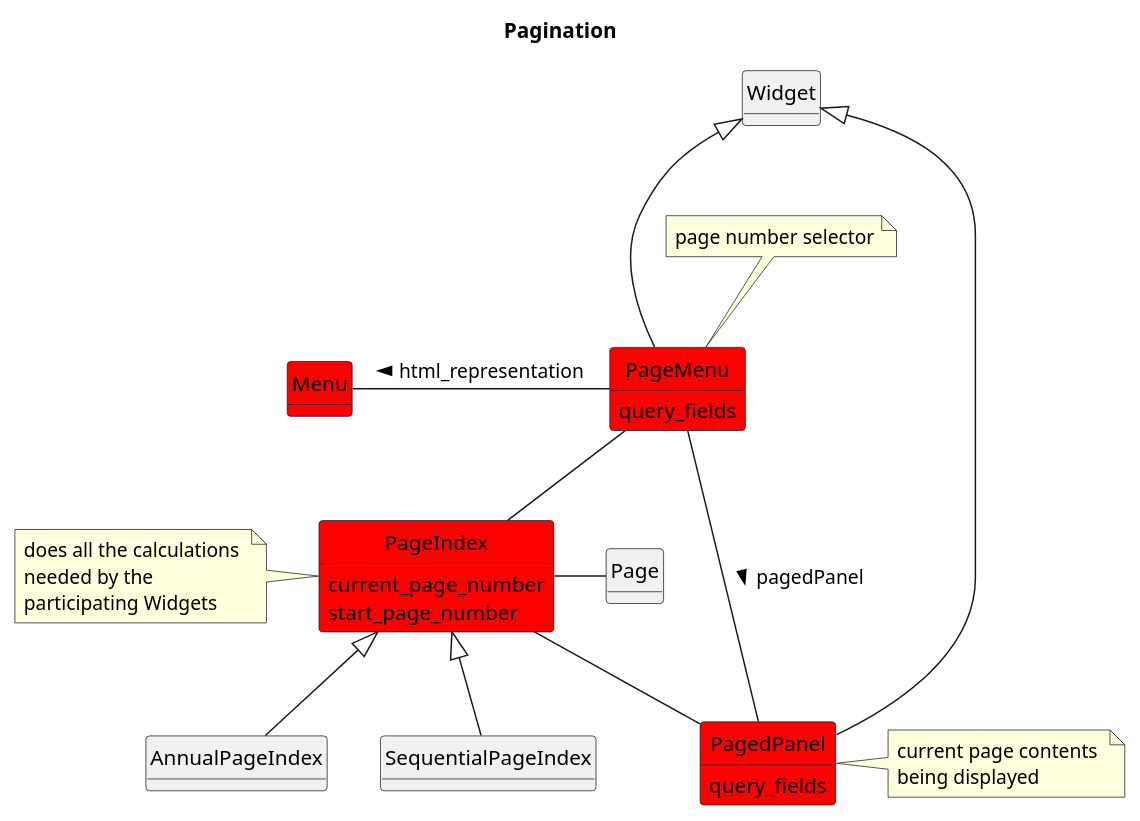
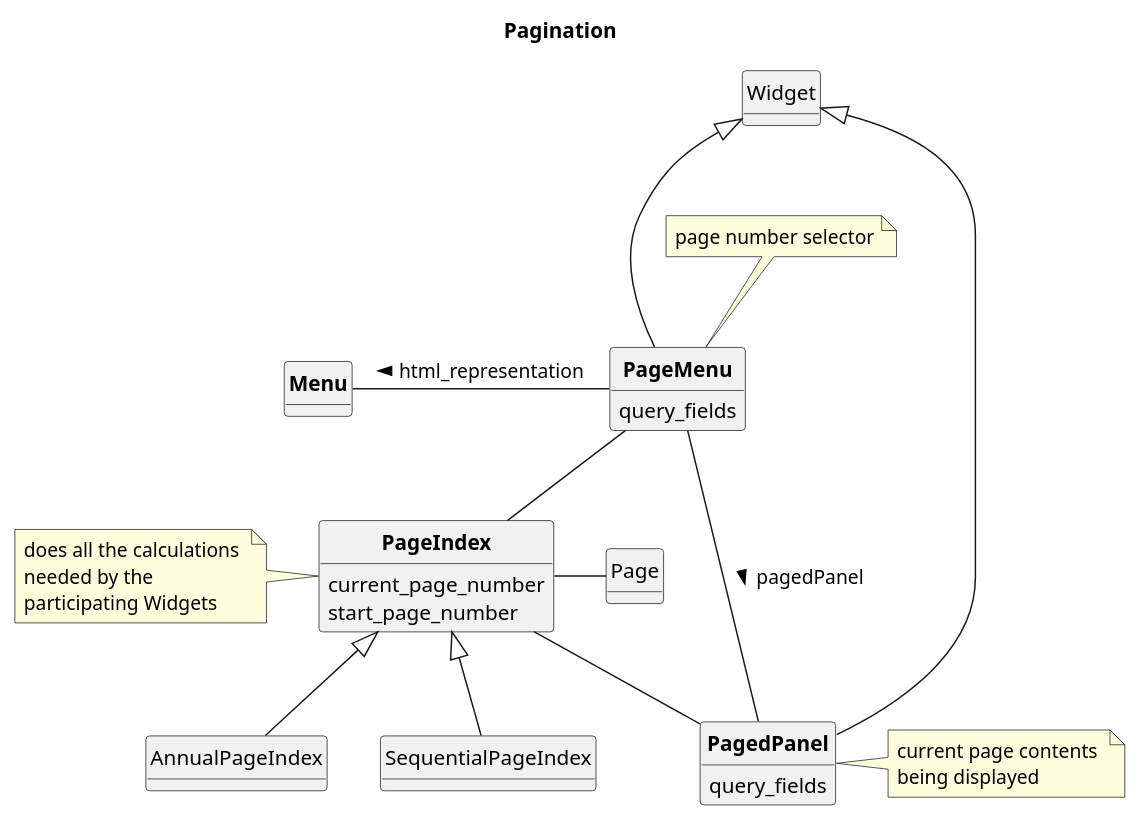
The diagram in reahl-web/reahl/web_dev/bootstrap/pagination.puml (reahl/reahl), drawn with PlantUML before and after one commit. The commit also changed 28 other files, not shown here.

```diff
--- a/reahl-web/reahl/web_dev/bootstrap/pagination.puml
+++ b/reahl-web/reahl/web_dev/bootstrap/pagination.puml
@@ -1,35 +1,35 @@
 @startuml
 
 title Pagination
 
 hide methods
 hide circle
 
-class Menu #red
-class PageMenu #red{
+class "<b>Menu</b>" as Menu
+class "<b>PageMenu</b>" as PageMenu{
 	query_fields
 }
 note top: page number selector
 
-class PagedPanel #red{
+class "<b>PagedPanel</b>" as PagedPanel{
 	query_fields
 }
 note right: current page contents \nbeing displayed
 
-class PageIndex #red{
+class "<b>PageIndex</b>" as PageIndex{
 	current_page_number
 	start_page_number
 }
 note left of PageIndex : does all the calculations \nneeded by the \nparticipating Widgets
 Widget <|--- PageMenu
 Widget <|--- PagedPanel
 
 PageMenu -right- PagedPanel : pagedPanel >
 PageMenu -left- Menu : html_representation >
 PageMenu -- PageIndex
 PageIndex -- PagedPanel
 PageIndex -right- Page
 PageIndex <|-- AnnualPageIndex
 PageIndex <|-- SequentialPageIndex
 
 @enduml
```
